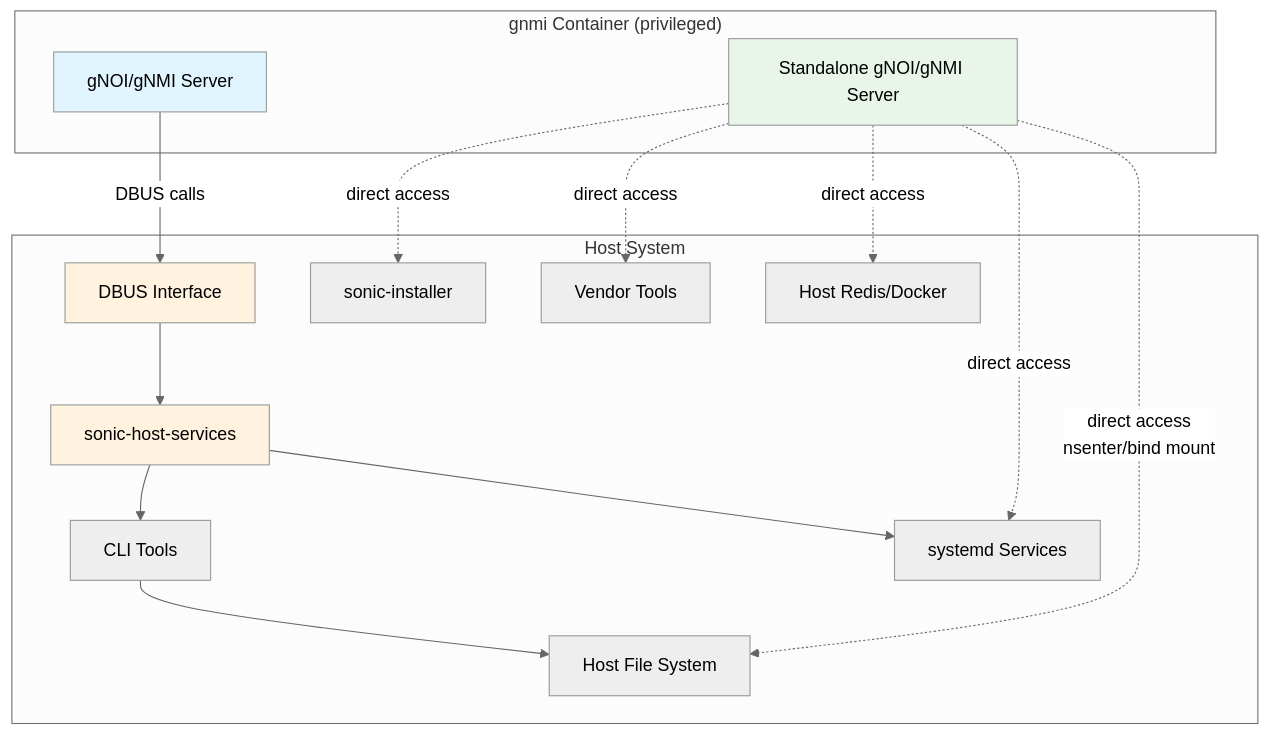
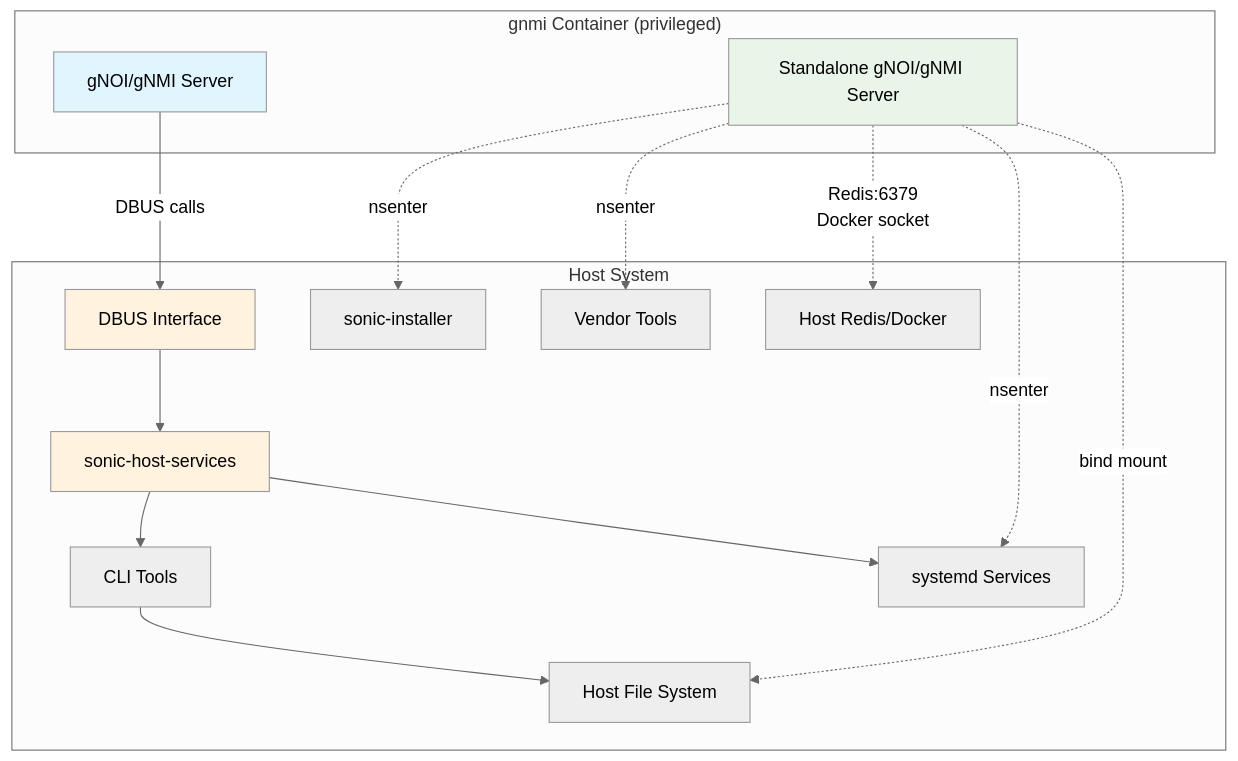
One commit to sonic-net/SONiC changed the fourth of 7 diagrams in doc/gnoi-gnmi-standalone-upgrade/standalone-gnoi-gnmi-os-upgrade-hld.md. Above: the diagram before and after it, drawn with Mermaid (neutral theme).

Commit message:
Improve component diagram labels with specific access methods
Replace generic 'direct access' labels with specific mechanisms:
- Host File System: bind mount
- sonic-installer: nsenter
- Vendor Tools: nsenter
- Host Redis/Docker: Redis:6379 and Docker socket
- systemd Services: nsenter

This provides concrete technical details about how the standalone
server will access different host system components.

````diff
--- a/doc/gnoi-gnmi-standalone-upgrade/standalone-gnoi-gnmi-os-upgrade-hld.md
+++ b/doc/gnoi-gnmi-standalone-upgrade/standalone-gnoi-gnmi-os-upgrade-hld.md
@@ -215,35 +215,35 @@
 ```mermaid
 graph TB
     subgraph "gnmi Container (privileged)"
         A[gNOI/gNMI Server]
         B[Standalone gNOI/gNMI Server]
     end
     
     subgraph "Host System"
         C[sonic-host-services]
         D[DBUS Interface]
         E[CLI Tools]
         F[systemd Services]
         G[Host File System]
         H[sonic-installer]
         I[Vendor Tools]
         J[Host Redis/Docker]
     end
     
     A -->|DBUS calls| D
     D --> C
     C --> E
     C --> F
     E --> G
     
-    B -.->|direct access<br/>nsenter/bind mount| G
-    B -.->|direct access| H
-    B -.->|direct access| I
-    B -.->|direct access| J
-    B -.->|direct access| F
+    B -.->|bind mount| G
+    B -.->|nsenter| H
+    B -.->|nsenter| I
+    B -.->|Redis:6379<br/>Docker socket| J
+    B -.->|nsenter| F
     
     style A fill:#e1f5fe
     style B fill:#e8f5e8
     style C fill:#fff3e0
     style D fill:#fff3e0
 ```
````
